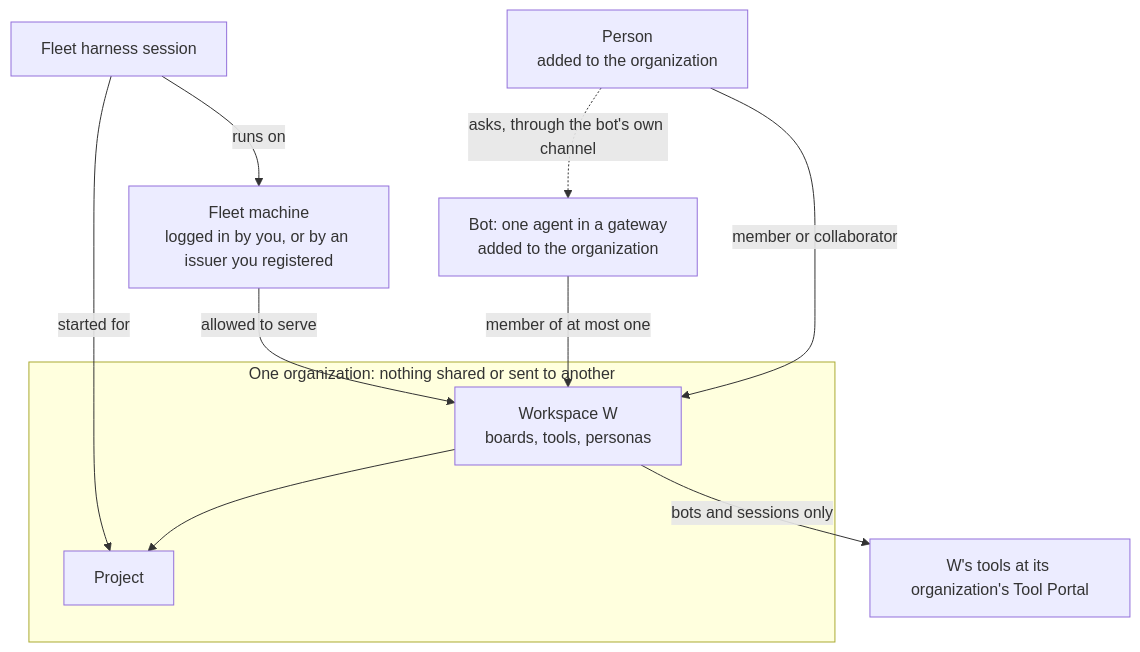
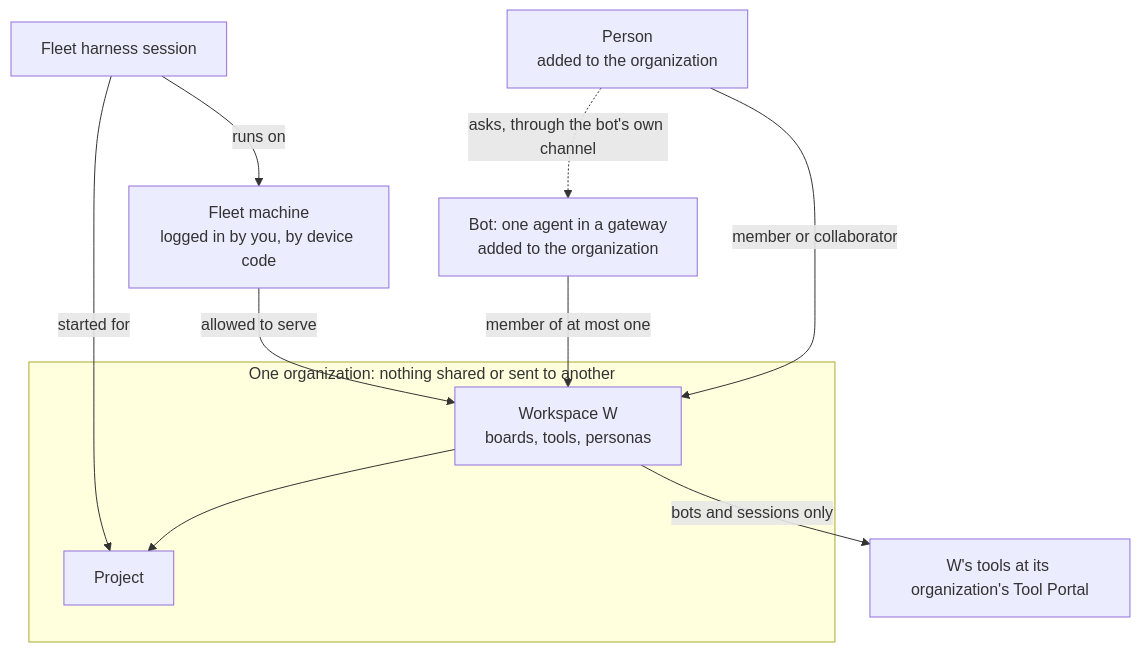
Before and after one commit to ShravanSunder/agent-vm: the diagram in docs/specs/2026-10-24-agent-identity/requirements.md, drawn with Mermaid. The commit also changed other lines of this file and 5 other files, not shown here.

````diff
--- a/docs/specs/2026-10-24-agent-identity/requirements.md
+++ b/docs/specs/2026-10-24-agent-identity/requirements.md
@@ -16,20 +16,20 @@
 ```mermaid
 flowchart TB
   subgraph ORG[One organization: nothing shared or sent to another]
     WS[Workspace W<br/>boards, tools, personas]
     PRJ[Project]
   end
   P[Person<br/>added to the organization]
   B[Bot: one agent in a gateway<br/>added to the organization]
-  M[Fleet machine<br/>logged in by you, or by an issuer you registered]
+  M[Fleet machine<br/>logged in by you, by device code]
   S[Fleet harness session]
   T[W's tools at its organization's Tool Portal]
   WS --> PRJ
   P -- member or collaborator --> WS
   B -- member of at most one --> WS
   P -. asks, through the bot's own channel .-> B
   M -- allowed to serve --> WS
   S -- runs on --> M
   S -- started for --> PRJ
   WS -- bots and sessions only --> T
 ```
````
